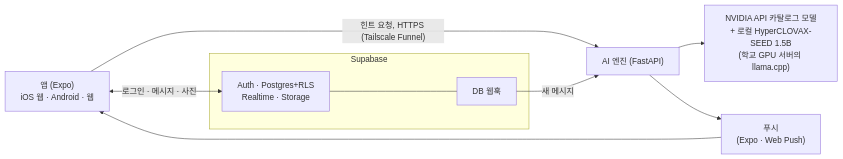
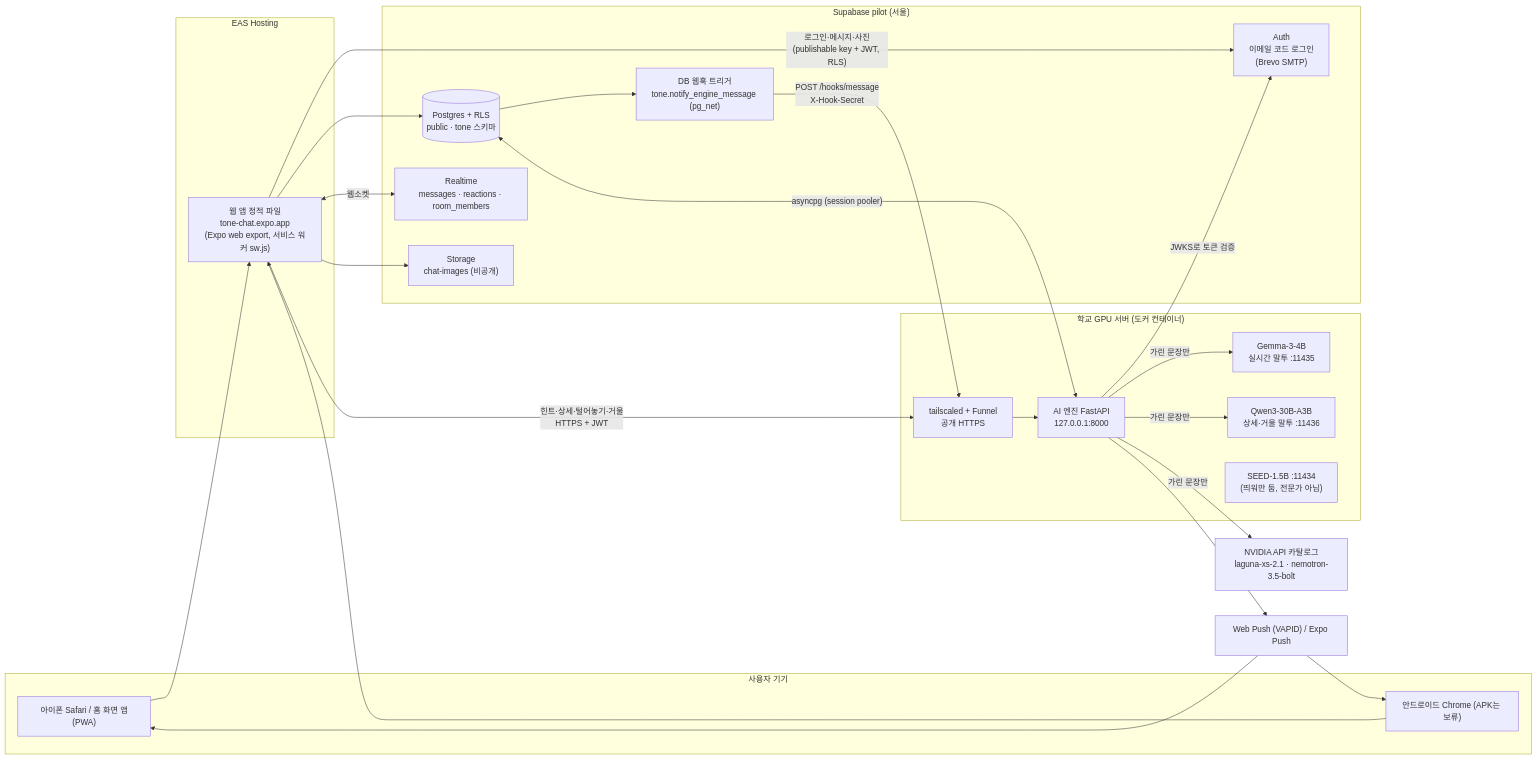
Before and after one commit to Daegyu519/Adventure_Design: the diagram in README.md, drawn with Mermaid. The commit also changed other lines of this file, not shown here.

Commit message:
README: 구조도를 자세한 전체 구성 그림으로 교체, 흐름별 그림 링크

````diff
--- a/README.md
+++ b/README.md
@@ -43,19 +43,49 @@
 ```mermaid
 flowchart LR
-  App["앱 (Expo)<br/>iOS 웹 · Android · 웹"]
-  subgraph SB["Supabase"]
-    SBS["Auth · Postgres+RLS<br/>Realtime · Storage"]
-    WH["DB 웹훅"]
+  subgraph Devices["사용자 기기"]
+    IOS["아이폰 Safari / 홈 화면 앱(PWA)"]
+    AND["안드로이드 Chrome (APK는 보류)"]
   end
-  Engine["AI 엔진 (FastAPI)"]
-  Models["NVIDIA API 카탈로그 모델<br/>+ 로컬 HyperCLOVAX-SEED 1.5B<br/>(학교 GPU 서버의 llama.cpp)"]
-  Push["푸시<br/>(Expo · Web Push)"]
 
-  App <-->|"로그인 · 메시지 · 사진"| SBS
-  App -->|"힌트 요청, HTTPS (Tailscale Funnel)"| Engine
-  Engine --> Models
-  SBS --- WH
-  WH -->|"새 메시지"| Engine
-  Engine --> Push
-  Push --> App
+  subgraph Hosting["EAS Hosting"]
+    WEB["웹 앱 정적 파일<br/>tone-chat.expo.app<br/>(Expo web export, 서비스 워커 sw.js)"]
+  end
+
+  subgraph SB["Supabase pilot (서울)"]
+    AUTH["Auth<br/>이메일 코드 로그인<br/>(Brevo SMTP)"]
+    PG[("Postgres + RLS<br/>public · tone 스키마")]
+    RT["Realtime<br/>messages · reactions · room_members"]
+    ST["Storage<br/>chat-images (비공개)"]
+    HOOK["DB 웹훅 트리거<br/>tone.notify_engine_message (pg_net)"]
+  end
+
+  subgraph School["학교 GPU 서버 (도커 컨테이너)"]
+    TS["tailscaled + Funnel<br/>공개 HTTPS"]
+    ENG["AI 엔진 FastAPI<br/>127.0.0.1:8000"]
+    GEM["Gemma-3-4B<br/>실시간 말투 :11435"]
+    QWEN["Qwen3-30B-A3B<br/>상세·거울 말투 :11436"]
+    SEED["SEED-1.5B :11434<br/>(띄워만 둠, 전문가 아님)"]
+  end
+
+  NV["NVIDIA API 카탈로그<br/>laguna-xs-2.1 · nemotron-3.5-bolt"]
+  PUSH["Web Push (VAPID) / Expo Push"]
+
+  IOS --> WEB
+  AND --> WEB
+  WEB -->|"로그인·메시지·사진<br/>(publishable key + JWT, RLS)"| AUTH
+  WEB --> PG
+  WEB <-->|"웹소켓"| RT
+  WEB --> ST
+  WEB -->|"힌트·상세·털어놓기·거울<br/>HTTPS + JWT"| TS
+  TS --> ENG
+  ENG -->|"JWKS로 토큰 검증"| AUTH
+  ENG <-->|"asyncpg (session pooler)"| PG
+  PG --> HOOK
+  HOOK -->|"POST /hooks/message<br/>X-Hook-Secret"| TS
+  ENG -->|"가린 문장만"| GEM
+  ENG -->|"가린 문장만"| QWEN
+  ENG -->|"가린 문장만"| NV
+  ENG --> PUSH
+  PUSH --> IOS
+  PUSH --> AND
 ```
````
